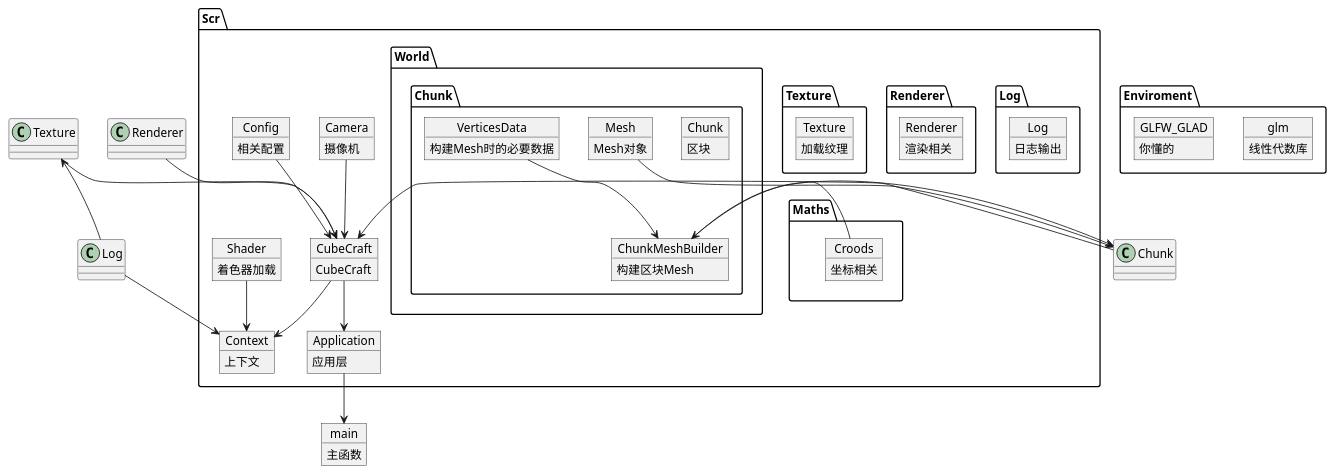
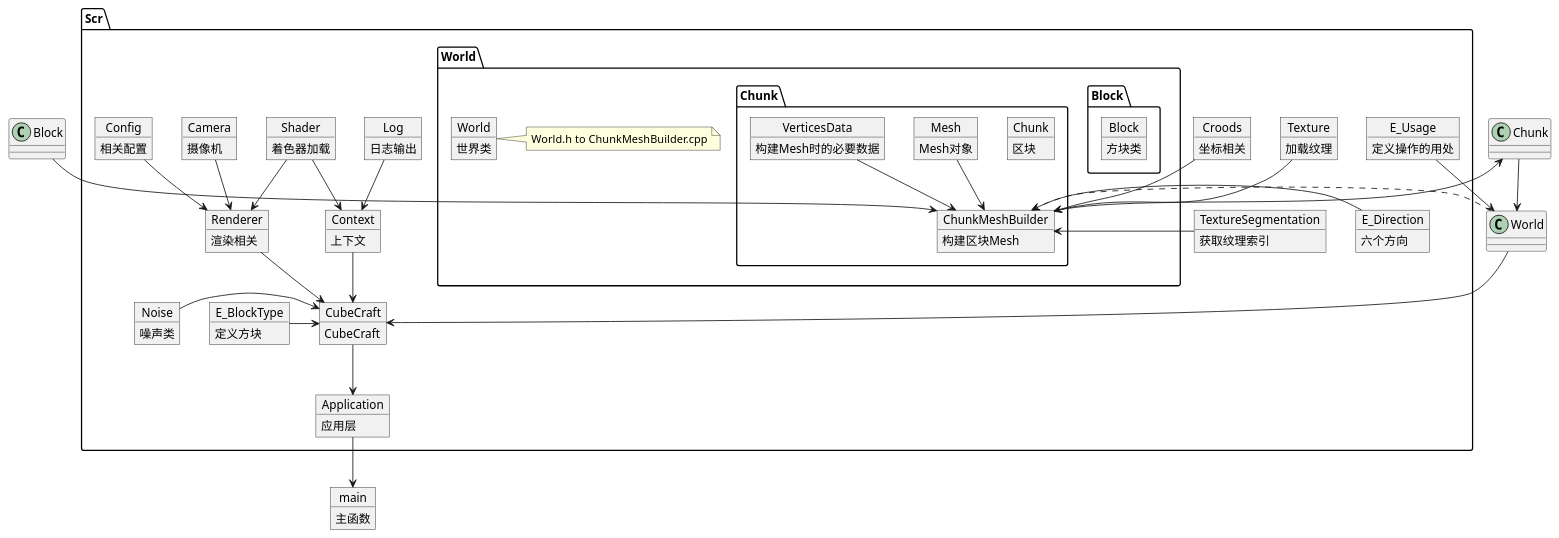
One commit to ChewyTube/CubeCraft-temp changed the diagram in PlantUML/[real]headers.puml. Above: the diagram before and after it, drawn with PlantUML. The commit also changed 6 other files, not shown here.

Commit message:
调整头文件引用顺序 update PlantUML

```diff
--- a/PlantUML/[real]headers.puml
+++ b/PlantUML/[real]headers.puml
@@ -1,98 +1,123 @@
 @startuml headers 
 
 object main{
     主函数
 }
 
-package Enviroment{
-    object glm{
-        线性代数库
-    }
-    object GLFW_GLAD{
-        你懂的
-    }
-    'glm -right-> GLFW_GLAD
-}
+'package Enviroment{
+'    object glm{
+'        线性代数库
+'    }
+'    object GLFW_GLAD{
+'        你懂的
+'    }
+'    'glm -right-> GLFW_GLAD
+'}
 
 package Scr{
-    package Log{
-        object Log{
-            日志输出
-        }
+    object Log{
+        日志输出
     }
-    package Maths{
-        object Croods{
-            坐标相关
-        }
+    object Croods{
+        坐标相关
     }
-    package Renderer{
-        object Renderer{
-            渲染相关
-        }
+    object Noise{
+        噪声类
     }
-    package Texture{
-        object Texture{
-            加载纹理
-        }
+    object Renderer{
+        渲染相关
+    }
+    object Texture{
+        加载纹理
+    }
+    object TextureSegmentation{
+        获取纹理索引
     }
     package World{
+        package Block{
+            object Block{
+                方块类
+            }
+        }
         package Chunk{
             object Chunk{
                 区块
             }
             object ChunkMeshBuilder{
                 构建区块Mesh
             }
             object Mesh{
                 Mesh对象
             }
             object VerticesData{
                 构建Mesh时的必要数据
             }
         }
+        object World{
+            世界类
+        }
+        note right of World : World.h to ChunkMeshBuilder.cpp
     }
+    object E_BlockType{
+        定义方块
+    }
+    object E_Direction{
+        六个方向
+    }
+    object E_Usage{
+        定义操作的用处
+    }
+
     object Application{
         应用层
     }
     object CubeCraft{
         CubeCraft
     }
     object Context{
         上下文
     }
     object Camera{
         摄像机
     }
     object Shader{
         着色器加载
     }
     object Config{
         相关配置
     }
+
 }
-
-Maths -[hidden]- Log
-Log -[hidden]left- Texture
 
 Application --> main
 CubeCraft --> Application
 
-Camera --> CubeCraft
-Config --> CubeCraft
-Texture --> CubeCraft
+World --> CubeCraft
+Noise -> CubeCraft
+Context --> CubeCraft
 Renderer --> CubeCraft
-Chunk -->CubeCraft
+E_BlockType -> CubeCraft
 
+Chunk --> World
+E_Usage --> World
+
+Log --> Context
 Shader --> Context
-Log --> Context
-CubeCraft --> Context
 
-Log --> Texture
-
-Mesh --> Chunk
 ChunkMeshBuilder --> Chunk
 
-Croods -right-> ChunkMeshBuilder
+Mesh --> ChunkMeshBuilder
+Block --> ChunkMeshBuilder
+Croods --> ChunkMeshBuilder
+Texture --> ChunkMeshBuilder
+E_Direction -> ChunkMeshBuilder
 VerticesData --> ChunkMeshBuilder
+TextureSegmentation -> ChunkMeshBuilder
+
+World ..> ChunkMeshBuilder
+
+Shader --> Renderer
+Camera --> Renderer
+Config --> Renderer
 
 @enduml
```
